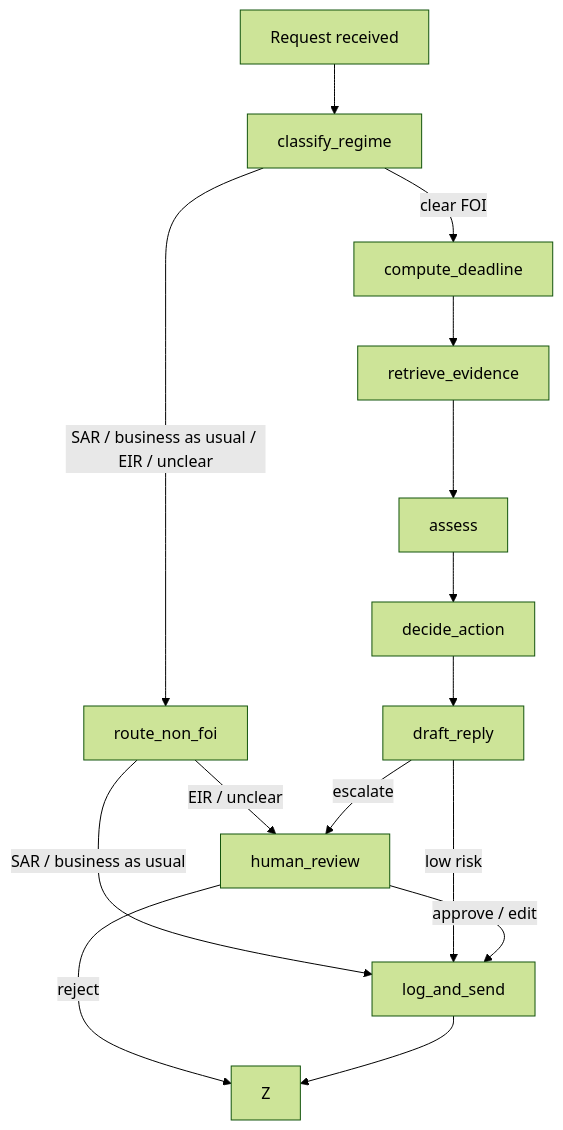
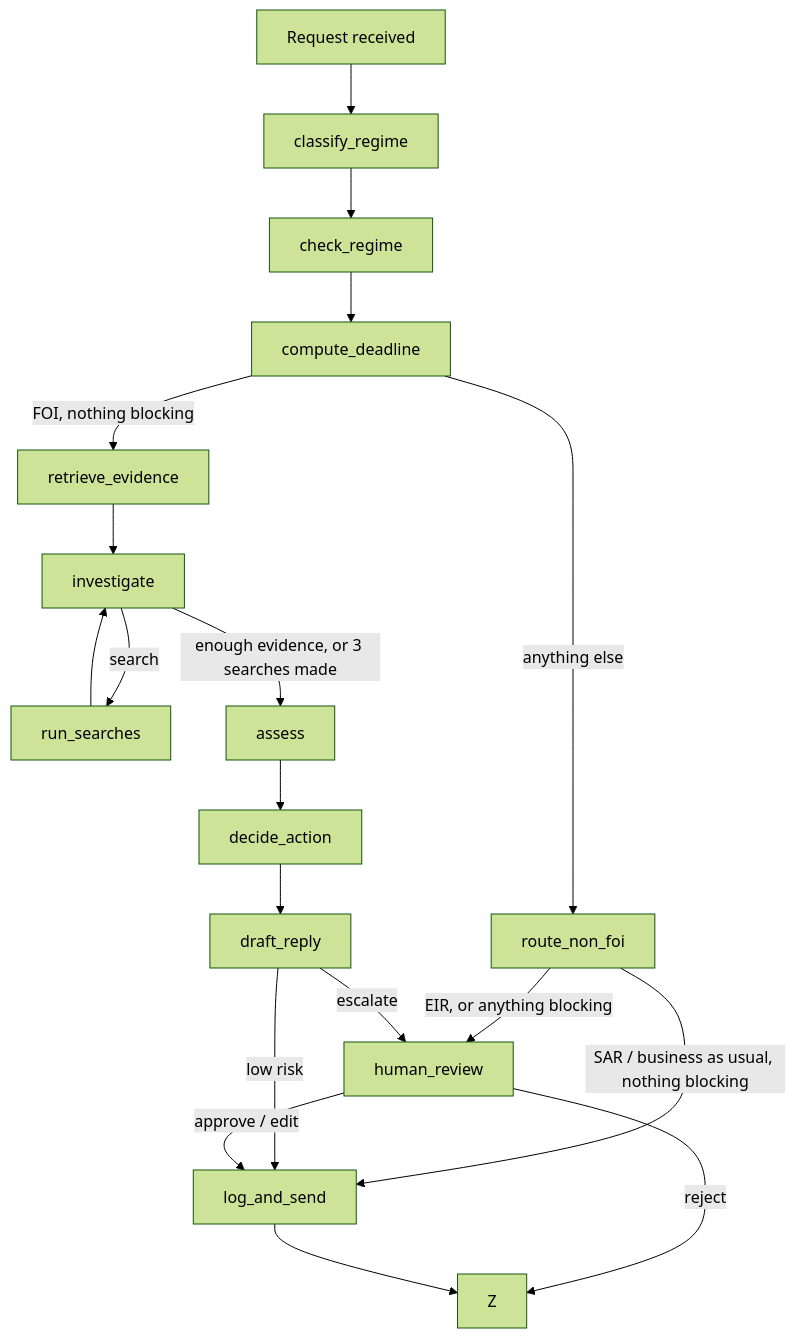
Before and after one commit to ViktoriaLoe/FOI-Agent: the diagram in README.md, drawn with Mermaid (forest theme). The commit also changed other lines of this file, not shown here.

````diff
--- a/README.md
+++ b/README.md
@@ -112,17 +112,21 @@
 ```mermaid
 flowchart TD
     A[Request received] --> C[classify_regime]
-    C -->|SAR / business as usual / EIR / unclear| D[route_non_foi]
-    D -->|SAR / business as usual| K
-    D -->|EIR / unclear| J
-    C -->|clear FOI| E[compute_deadline]
-    E --> F[retrieve_evidence]
-    F --> G[assess]
+    C --> R[check_regime]
+    R --> E[compute_deadline]
+    E -->|FOI, nothing blocking| F[retrieve_evidence]
+    E -->|anything else| D[route_non_foi]
+    D -->|SAR / business as usual, nothing blocking| K
+    D -->|EIR, or anything blocking| J
+    F --> V[investigate]
+    V -->|search| S[run_searches]
+    S --> V
+    V -->|enough evidence, or 3 searches made| G[assess]
     G --> H[decide_action]
     H --> I[draft_reply]
     I -->|low risk| K[log_and_send]
     I -->|escalate| J[human_review]
     J -->|approve / edit| K
     J -->|reject| Z
     K --> Z
 ```
````
